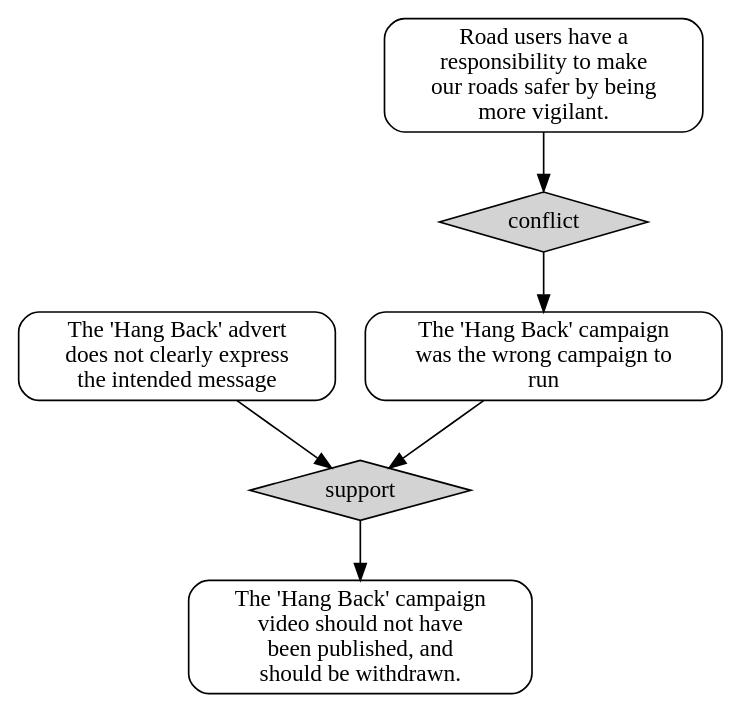
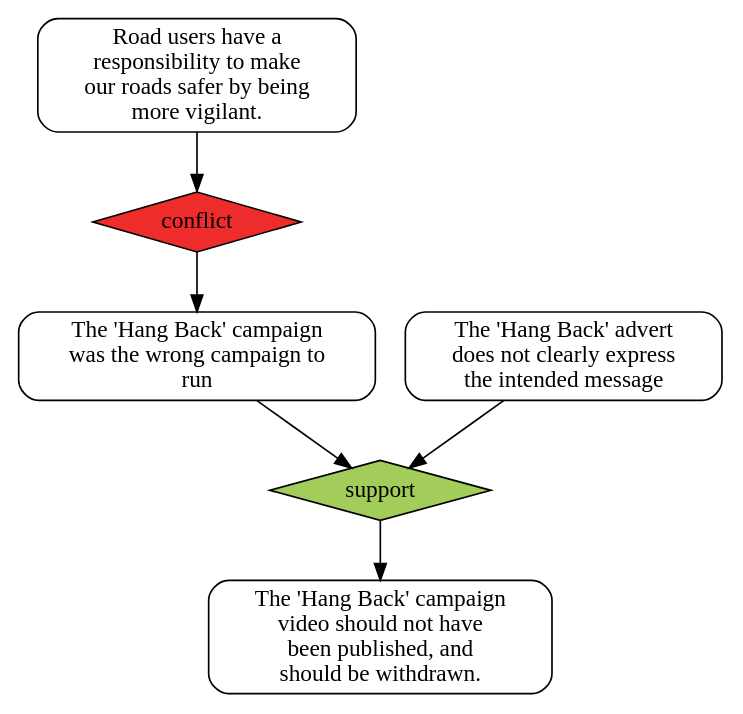
One commit to Open-Argumentation/SADFace changed the diagram in examples/hangback/data.dot. Above: the diagram before and after it, drawn with Graphviz. The commit also changed 4 other files, not shown here.

```diff
--- a/examples/hangback/data.dot
+++ b/examples/hangback/data.dot
@@ -1,22 +1,12 @@
-digraph SADFace {node [style="filled"]"9bfb7cdc-116f-47f5-b85d-ff7c5d329f45" [label="The 'Hang Back' campaign
-video should not have
-been published, and
-should be withdrawn."] [shape=box, style=rounded];
-"49a786ce-9066-4230-8e18-42086882a160" [label="support"] [shape=diamond];
-"30c9c0ac-ddef-44e7-897d-52ffee97b837" [label="The 'Hang Back' advert
-does not clearly express
-the intended message"] [shape=box, style=rounded];
-"02b4009b-1a12-4d53-ab3a-efabe6c44694" [label="The 'Hang Back' campaign
-was the wrong campaign to
-run"] [shape=box, style=rounded];
-"5760a93a-55e7-447c-a245-7f8d7e7e4434" [label="conflict"] [shape=diamond];
-"fbaa9b79-0965-45a1-9fd4-60701c2102cf" [label="Road users have a
-responsibility to make
-our roads safer by being
-more vigilant."] [shape=box, style=rounded];
-"49a786ce-9066-4230-8e18-42086882a160" -> "9bfb7cdc-116f-47f5-b85d-ff7c5d329f45";
-"30c9c0ac-ddef-44e7-897d-52ffee97b837" -> "49a786ce-9066-4230-8e18-42086882a160";
-"02b4009b-1a12-4d53-ab3a-efabe6c44694" -> "49a786ce-9066-4230-8e18-42086882a160";
-"5760a93a-55e7-447c-a245-7f8d7e7e4434" -> "02b4009b-1a12-4d53-ab3a-efabe6c44694";
-"fbaa9b79-0965-45a1-9fd4-60701c2102cf" -> "5760a93a-55e7-447c-a245-7f8d7e7e4434";
+digraph SADFace {node [style="filled"]"ae3f0c7f-9f69-4cab-9db3-3b9c46f56e09" [label="The 'Hang Back' campaign\nvideo should not have\nbeen published, and\nshould be withdrawn."] [shape=box, style=rounded];
+"70447169-9264-41dc-b8e9-50523f8368c1" [label="support"] [colorscheme=X11, fillcolor=darkolivegreen3, shape=diamond];
+"f129934f-53d2-49f6-8feb-9afaff9aabcf" [label="The 'Hang Back' campaign\nwas the wrong campaign to\nrun"] [shape=box, style=rounded];
+"6cd219cc-3203-4602-88bd-d3639f86fb37" [label="The 'Hang Back' advert\ndoes not clearly express\nthe intended message"] [shape=box, style=rounded];
+"45199aa0-1556-4b94-8940-3ba30aa08e38" [label="conflict"] [colorscheme=X11, fillcolor=firebrick2, shape=diamond];
+"51775eb3-70c0-4d8e-95a5-b34ffba8a280" [label="Road users have a\nresponsibility to make\nour roads safer by being\nmore vigilant."] [shape=box, style=rounded];
+"70447169-9264-41dc-b8e9-50523f8368c1" -> "ae3f0c7f-9f69-4cab-9db3-3b9c46f56e09";
+"f129934f-53d2-49f6-8feb-9afaff9aabcf" -> "70447169-9264-41dc-b8e9-50523f8368c1";
+"6cd219cc-3203-4602-88bd-d3639f86fb37" -> "70447169-9264-41dc-b8e9-50523f8368c1";
+"45199aa0-1556-4b94-8940-3ba30aa08e38" -> "f129934f-53d2-49f6-8feb-9afaff9aabcf";
+"51775eb3-70c0-4d8e-95a5-b34ffba8a280" -> "45199aa0-1556-4b94-8940-3ba30aa08e38";
 }
```
